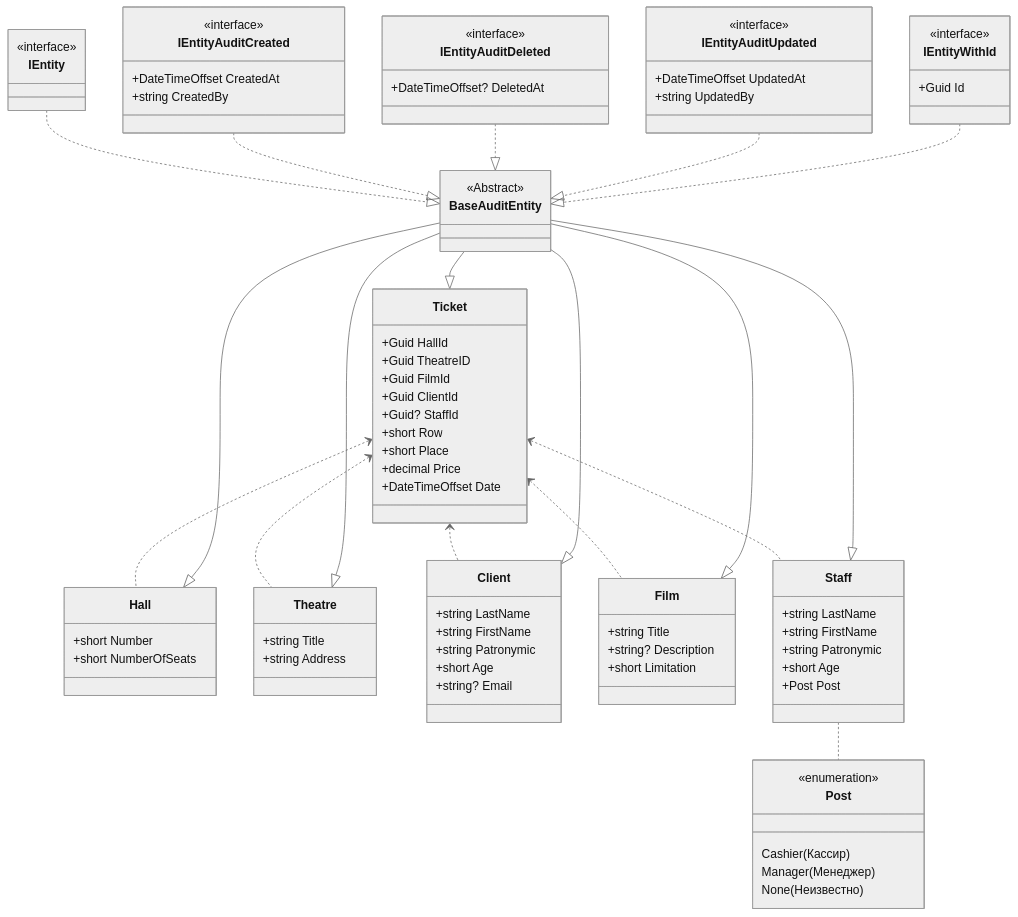
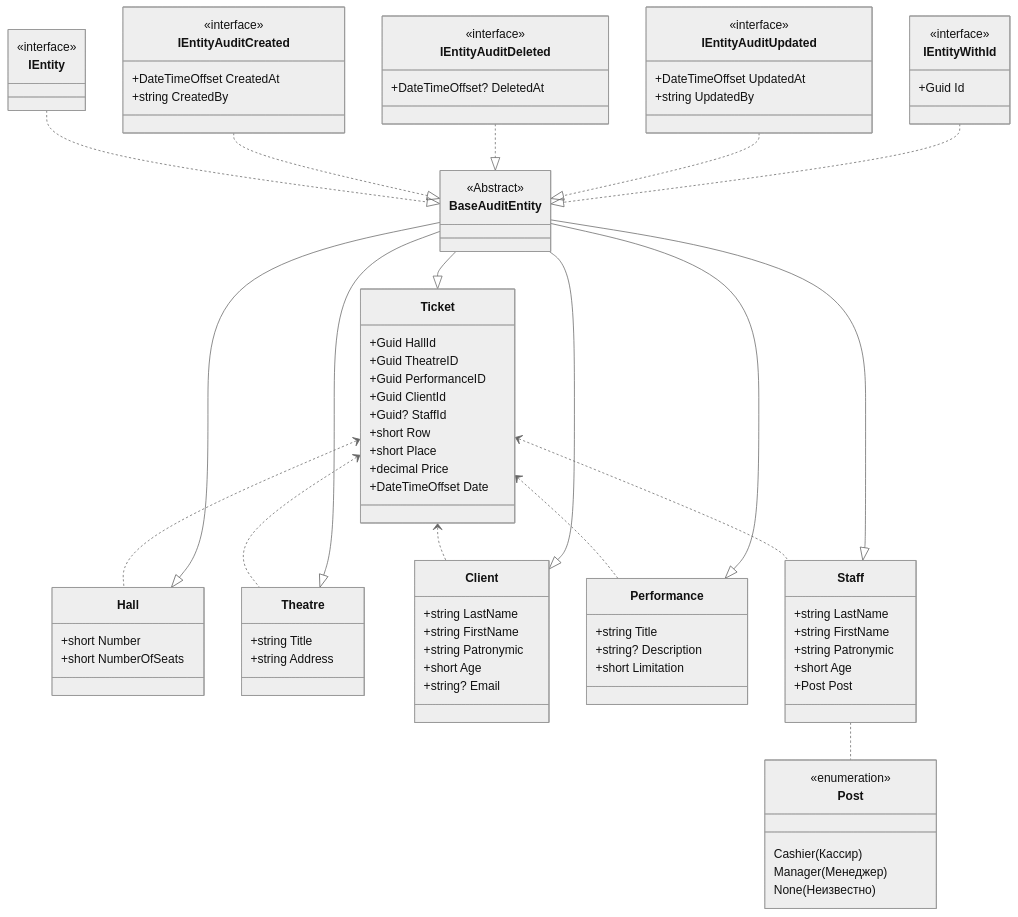
The diagram in README.md (DimaX456/apiso), drawn with Mermaid (neutral theme) before and after one commit.

```diff
--- a/README.md
+++ b/README.md
@@ -4,13 +4,13 @@
     Ticket <.. Hall
     Ticket <.. Theatre
     Ticket <.. Client
-    Ticket <.. Film
+    Ticket <.. Performance
     Ticket <.. Staff
     Staff .. Post
     BaseAuditEntity --|> Hall
     BaseAuditEntity --|> Theatre
     BaseAuditEntity --|> Client
-    BaseAuditEntity --|> Film
+    BaseAuditEntity --|> Performance
     BaseAuditEntity --|> Ticket
     BaseAuditEntity --|> Staff
     IEntity ..|> BaseAuditEntity
@@ -54,7 +54,7 @@
         +short Age
         +string? Email
     }
-    class Film {
+    class Performance {
         +string Title
         +string? Description
         +short Limitation
@@ -70,7 +70,7 @@
     class Ticket {
         +Guid HallId 
         +Guid TheatreID
-        +Guid FilmId
+        +Guid PerformanceID
         +Guid ClientId
         +Guid? StaffId
         +short Row
```
